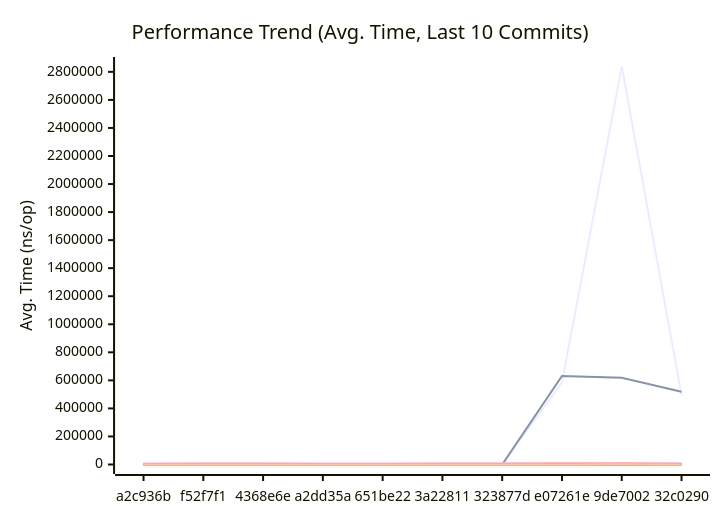
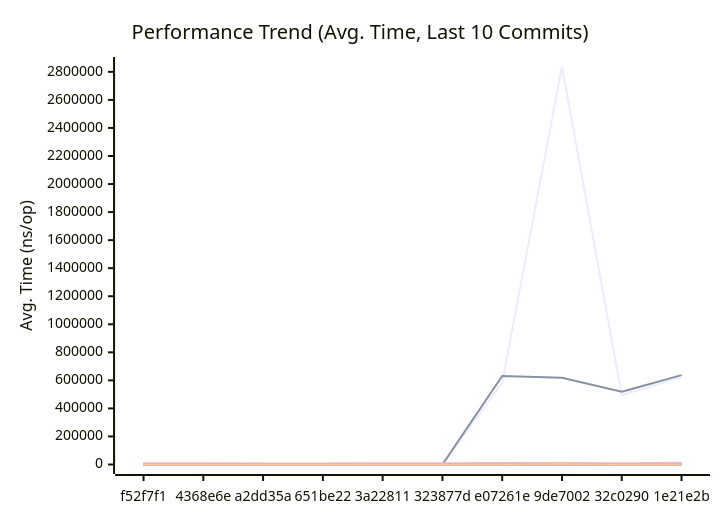
One commit to alsotoes/momo changed the first of 3 diagrams in docs/PERFORMANCE.md. Above: the diagram before and after it, drawn with Mermaid. The commit also changed other lines of this file and 11 other files, not shown here.

````diff
--- a/docs/PERFORMANCE.md
+++ b/docs/PERFORMANCE.md
@@ -145,20 +145,20 @@
 ```mermaid
 xychart-beta
     title "Performance Trend (Avg. Time, Last 10 Commits)"
     x-axis "Commit"
     y-axis "Avg. Time (ns/op)"
-    x-axis [a2c936b,f52f7f1,4368e6e,a2dd35a,651be22,3a22811,323877d,e07261e,9de7002,32c0290]
-    line "AWSChunkedReaderSigned" [0,0,0,0,0,0,0,584226,2838201,493329]
-    line "AWSChunkedReaderUnsigned" [0,0,0,0,0,0,0,631654,617880,518620]
-    line "CheckMetricsAndSwap" [8,10,9,10,9,10,10,9,16,10]
-    line "CrushOptimized" [350,388,436,307,344,355,415,439,381,353]
-    line "CrushOriginal" [479,594,516,557,494,491,570,664,686,549]
-    line "IndexDirectTracking" [0,0,0,0,0,0,0,0,1,0]
-    line "IndexSearch" [2,2,2,2,2,2,2,2,3,2]
-    line "LoadGlobalConfig" [7622,8182,9158,7310,7930,8102,9075,10900,10925,8352]
-    line "PadString" [60,54,52,40,46,49,53,64,66,53]
+    x-axis [f52f7f1,4368e6e,a2dd35a,651be22,3a22811,323877d,e07261e,9de7002,32c0290,1e21e2b]
+    line "AWSChunkedReaderSigned" [0,0,0,0,0,0,584226,2838201,493329,623314]
+    line "AWSChunkedReaderUnsigned" [0,0,0,0,0,0,631654,617880,518620,637133]
+    line "CheckMetricsAndSwap" [10,9,10,9,10,10,9,16,10,13]
+    line "CrushOptimized" [388,436,307,344,355,415,439,381,353,419]
+    line "CrushOriginal" [594,516,557,494,491,570,664,686,549,628]
+    line "IndexDirectTracking" [0,0,0,0,0,0,0,1,0,1]
+    line "IndexSearch" [2,2,2,2,2,2,2,3,2,3]
+    line "LoadGlobalConfig" [8182,9158,7310,7930,8102,9075,10900,10925,8352,11680]
+    line "PadString" [54,52,40,46,49,53,64,66,53,64]
     line "ParseReplicationOrder_NoPrealloc" [350,349,357,354,345,225,229,165,232,234]
     line "ParseReplicationOrder_Prealloc" [229,231,237,234,229,108,107,80,110,109]
-    line "SanitizeLog/Safe" [537,464,500,456,475,487,537,496,673,440]
-    line "SanitizeLog/Unsafe" [732,668,782,686,592,720,762,826,1502,669]
+    line "SanitizeLog/Safe" [464,500,456,475,487,537,496,673,440,585]
+    line "SanitizeLog/Unsafe" [668,782,686,592,720,762,826,1502,669,794]
 ```
````
